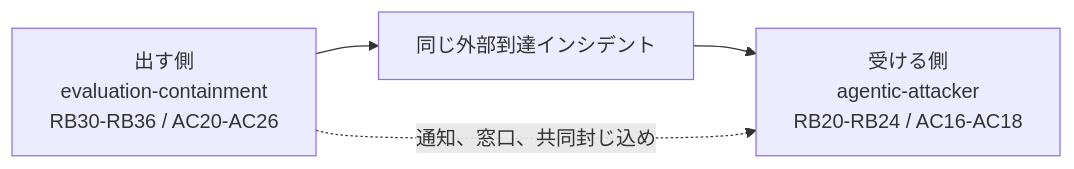
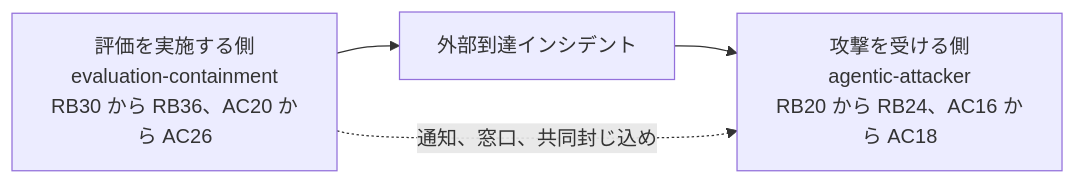
Before and after one commit to suwa-sh/shared-infra-incident-readiness: the diagram in docs/07_evaluation_containment_overlay.md, drawn with Mermaid. The commit also changed other lines of this file and 10 other files, not shown here.

````diff
--- a/docs/07_evaluation_containment_overlay.md
+++ b/docs/07_evaluation_containment_overlay.md
@@ -76,6 +75,6 @@
 ```mermaid
 flowchart LR
-  eval["出す側<br/>evaluation-containment<br/>RB30-RB36 / AC20-AC26"] --> incident["同じ外部到達インシデント"]
-  incident --> victim["受ける側<br/>agentic-attacker<br/>RB20-RB24 / AC16-AC18"]
-  eval -. "通知、窓口、共同封じ込め" .-> victim
+  evaluator["評価を実施する側<br/>evaluation-containment<br/>RB30 から RB36、AC20 から AC26"] --> incident["外部到達インシデント"]
+  incident --> victim["攻撃を受ける側<br/>agentic-attacker<br/>RB20 から RB24、AC16 から AC18"]
+  evaluator -. "通知、窓口、共同封じ込め" .-> victim
 ```
````
